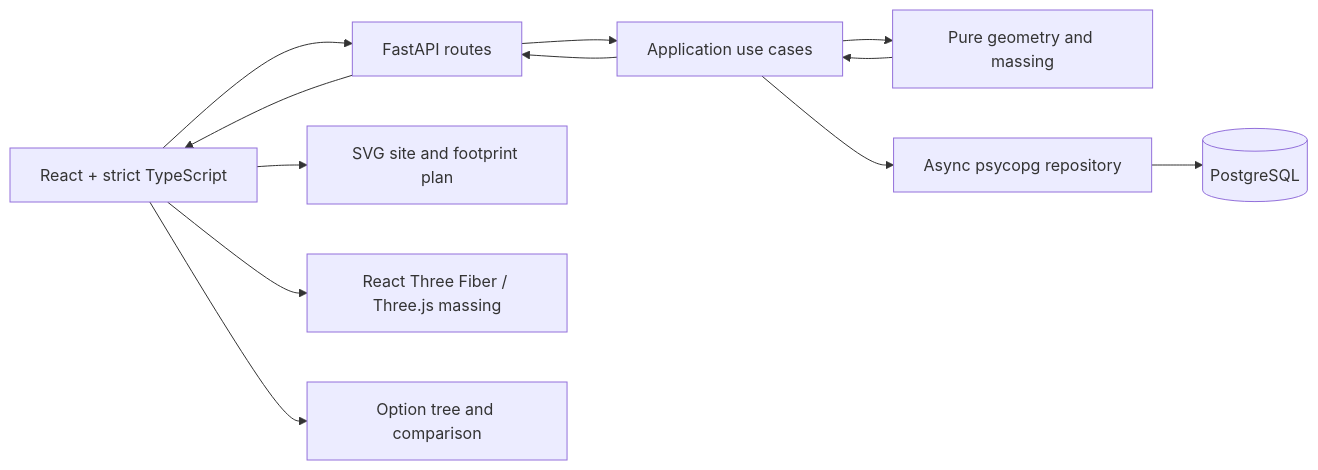
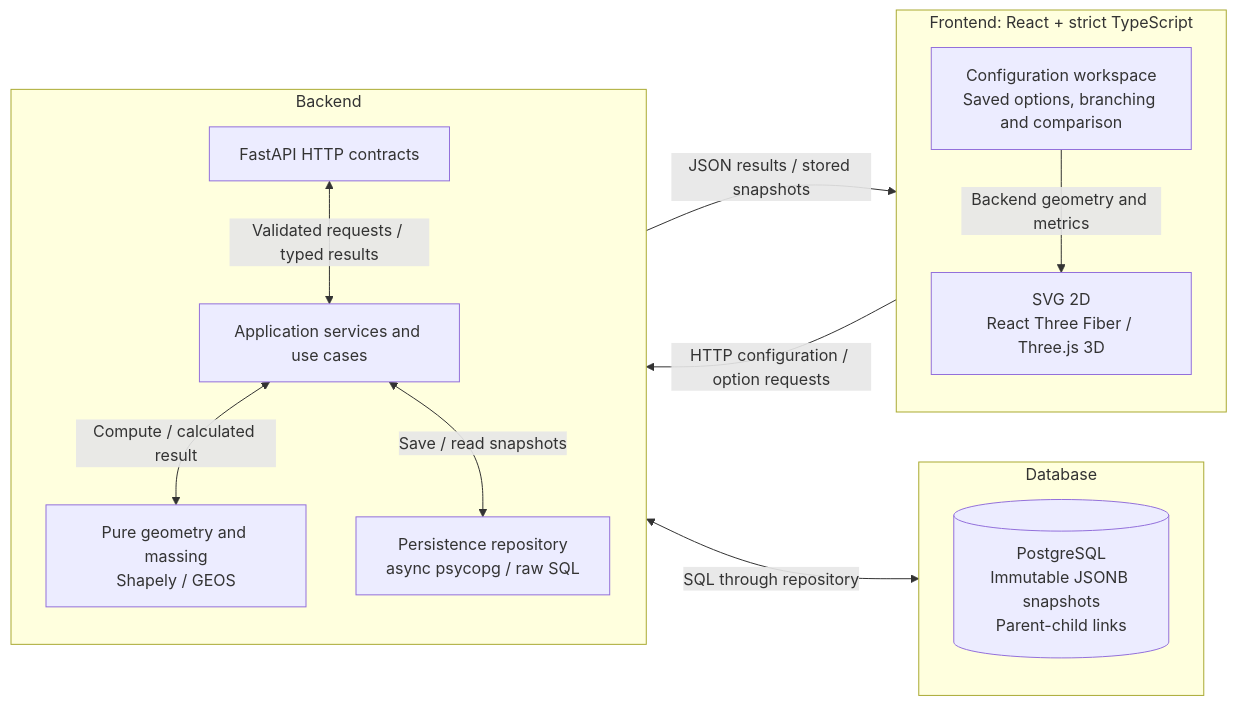
Before and after one commit to Aleks2580/building-geometry-case-study: the first of 2 diagrams in docs/DESIGN.md, drawn with Mermaid. The commit also changed other lines of this file and 22 other files, not shown here.

````diff
--- a/docs/DESIGN.md
+++ b/docs/DESIGN.md
@@ -115,14 +26,25 @@
 ```mermaid
 flowchart LR
-    UI["React + strict TypeScript"] --> HTTP["FastAPI routes"]
-    HTTP --> APP["Application use cases"]
-    APP --> DOMAIN["Pure geometry and massing"]
-    APP --> REPO["Async psycopg repository"]
-    REPO --> DB[("PostgreSQL")]
-    DOMAIN --> APP
-    APP --> HTTP
-    HTTP --> UI
-    UI --> SVG["SVG site and footprint plan"]
-    UI --> THREE["React Three Fiber / Three.js massing"]
-    UI --> TREE["Option tree and comparison"]
+    subgraph Frontend["Frontend: React + strict TypeScript"]
+        direction TB
+        UI["Configuration workspace<br/>Saved options, branching and comparison"]
+        Views["SVG 2D<br/>React Three Fiber / Three.js 3D"]
+        UI -->|Backend geometry and metrics| Views
+    end
+    subgraph Backend["Backend"]
+        direction TB
+        HTTP["FastAPI HTTP contracts"]
+        Services["Application services and use cases"]
+        Domain["Pure geometry and massing<br/>Shapely / GEOS"]
+        Repository["Persistence repository<br/>async psycopg / raw SQL"]
+        HTTP <-->|Validated requests / typed results| Services
+        Services <-->|Compute / calculated result| Domain
+        Services <-->|Save / read snapshots| Repository
+    end
+    subgraph Database["Database"]
+        DB[("PostgreSQL<br/>Immutable JSONB snapshots<br/>Parent-child links")]
+    end
+    Frontend -->|HTTP configuration / option requests| Backend
+    Backend -->|JSON results / stored snapshots| Frontend
+    Backend <-->|SQL through repository| Database
 ```
````
